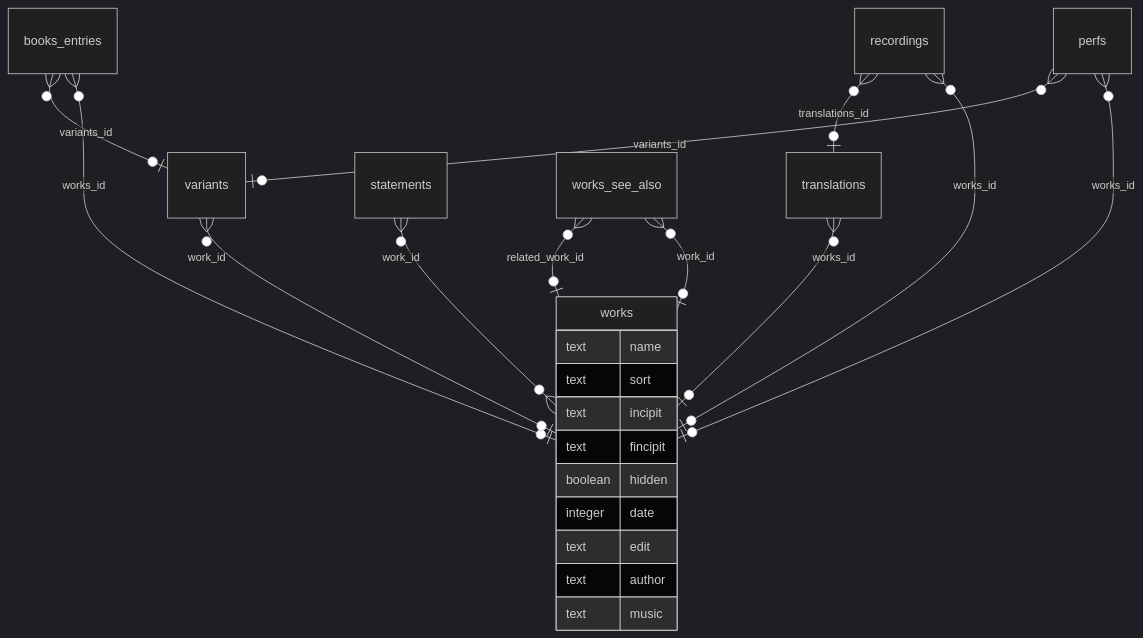
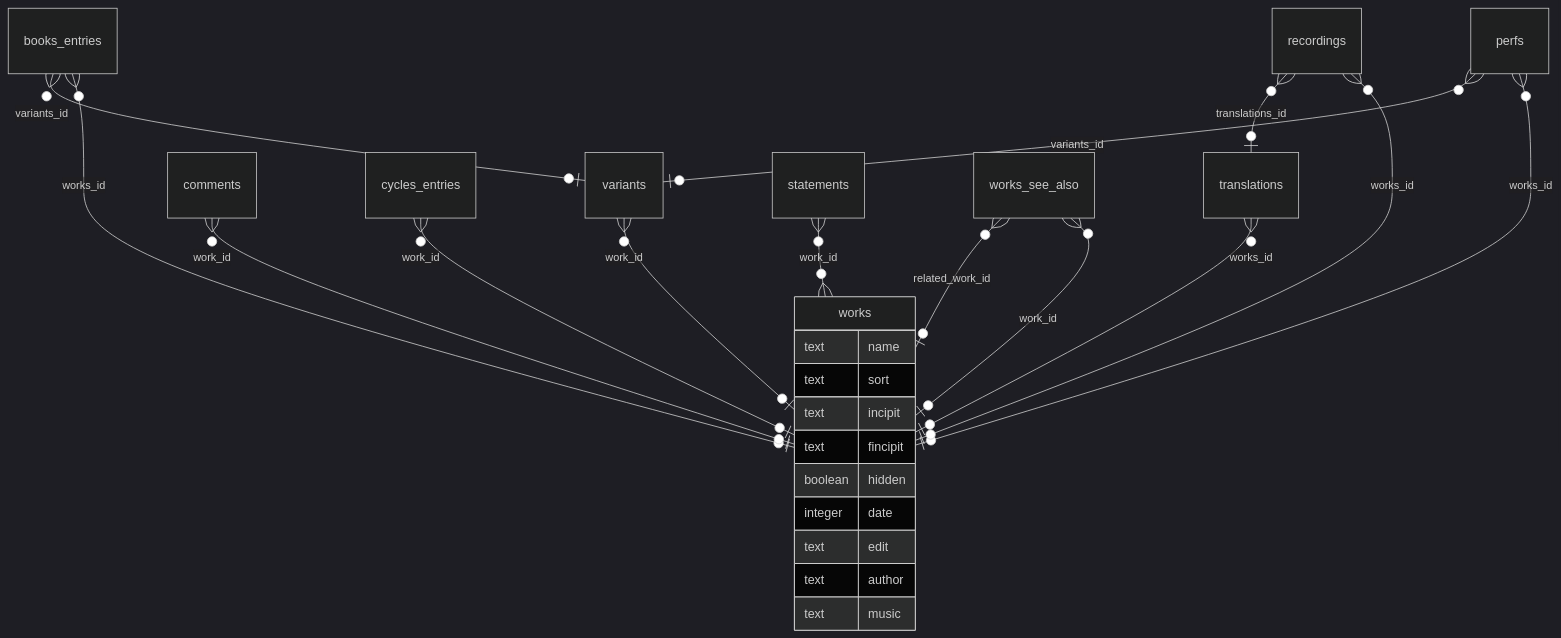
Before and after one commit to zlochevsky/shcherbakov: the third of 12 diagrams in docs/directus.md, drawn with Mermaid (dark theme). The commit also changed other lines of this file and 1 other file, not shown here.

Commit message:
Directus docs: songs diagram shows every collection that links to a song, notes on works fields

````diff
--- a/docs/directus.md
+++ b/docs/directus.md
@@ -74,25 +74,27 @@
 ```mermaid
 erDiagram
     books_entries }o--o| variants : "variants_id"
     books_entries }o--o| works : "works_id"
+    comments }o--o| works : "work_id"
+    cycles_entries }o--o| works : "work_id"
     perfs }o--o| variants : "variants_id"
     perfs }o--o| works : "works_id"
     recordings }o--o| translations : "translations_id"
     recordings }o--o| works : "works_id"
     statements }o--o{ works : "work_id"
     translations }o--o| works : "works_id"
     variants }o--o| works : "work_id"
     works_see_also }o--o| works : "related_work_id"
     works_see_also }o--o| works : "work_id"
     works {
         text name
         text sort
         text incipit
         text fincipit
         boolean hidden
         integer date
         text edit
         text author
         text music
     }
 ```
````
